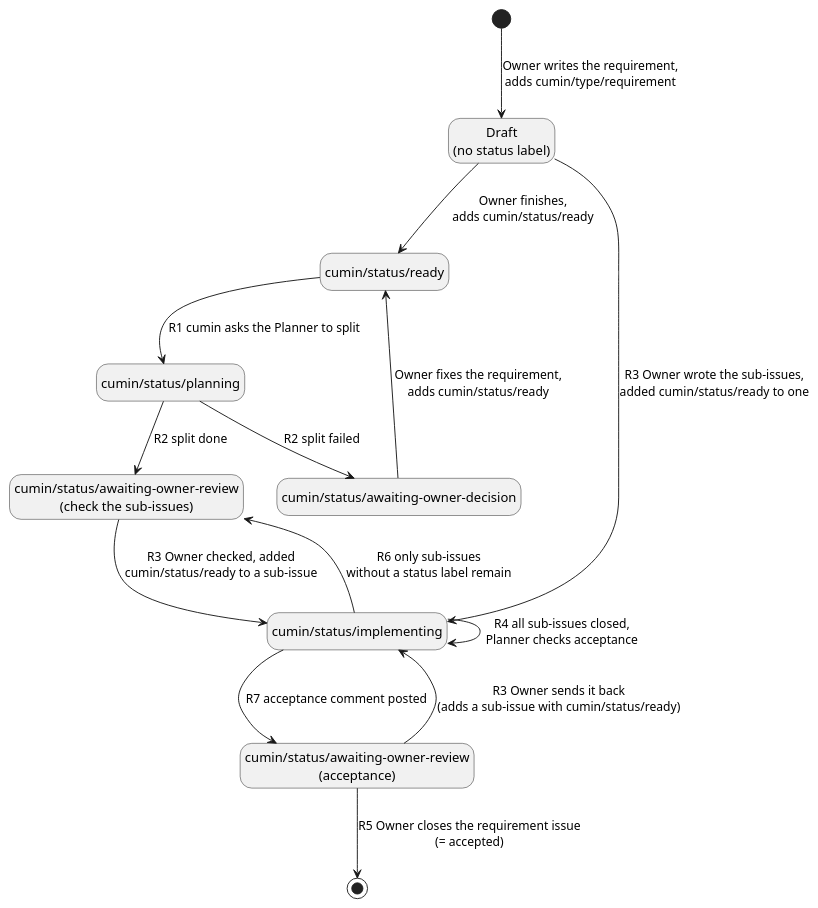
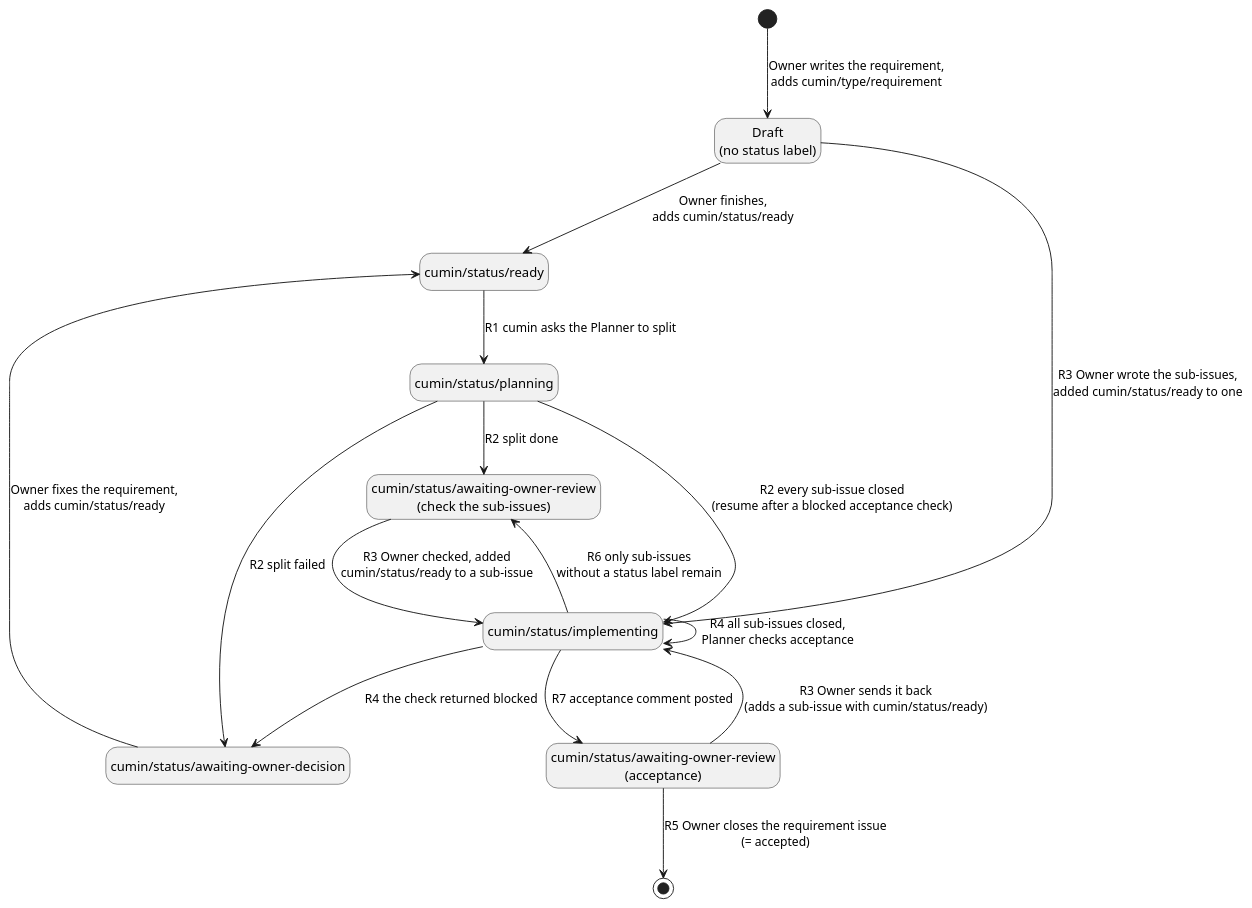
The diagram in docs/ja/requirements/workflow/requirement-issue-states.puml (cloveclovedev/cumin-works), drawn with PlantUML before and after one commit. The commit also changed 8 other files, not shown here.

First line of the commit message:
feat(workflow): send a requirement issue whose sub-issues are all closed back to implementing after the split (R2) (#240)

```diff
--- a/docs/ja/requirements/workflow/requirement-issue-states.puml
+++ b/docs/ja/requirements/workflow/requirement-issue-states.puml
@@ -1,30 +1,32 @@
 @startuml requirement-issue-states
 ' cumin works - states of a requirement issue.
 ' A state is a label on GitHub. Each arrow names one row of issue-states.md (R1 to R7).
 ' Render: run scripts/render-diagrams.sh at the root of the repository.
 
 hide empty description
 
 state "Draft\n(no status label)" as Draft
 state "cumin/status/ready" as Ready
 state "cumin/status/planning" as Planning
 state "cumin/status/awaiting-owner-review\n(check the sub-issues)" as PlanReview
 state "cumin/status/implementing" as Implementing
 state "cumin/status/awaiting-owner-review\n(acceptance)" as Acceptance
 state "cumin/status/awaiting-owner-decision" as Decision
 
 [*] --> Draft : Owner writes the requirement,\nadds cumin/type/requirement
 Draft --> Ready : Owner finishes,\nadds cumin/status/ready
 Draft --> Implementing : R3 Owner wrote the sub-issues,\nadded cumin/status/ready to one
 Ready --> Planning : R1 cumin asks the Planner to split
 Planning --> PlanReview : R2 split done
+Planning --> Implementing : R2 every sub-issue closed\n(resume after a blocked acceptance check)
 Planning --> Decision : R2 split failed
 Decision --> Ready : Owner fixes the requirement,\nadds cumin/status/ready
 PlanReview --> Implementing : R3 Owner checked, added\ncumin/status/ready to a sub-issue
 Implementing --> Implementing : R4 all sub-issues closed,\nPlanner checks acceptance
+Implementing --> Decision : R4 the check returned blocked
 Implementing --> Acceptance : R7 acceptance comment posted
 Implementing --> PlanReview : R6 only sub-issues\nwithout a status label remain
 Acceptance --> Implementing : R3 Owner sends it back\n(adds a sub-issue with cumin/status/ready)
 Acceptance --> [*] : R5 Owner closes the requirement issue\n(= accepted)
 
 @enduml
```
